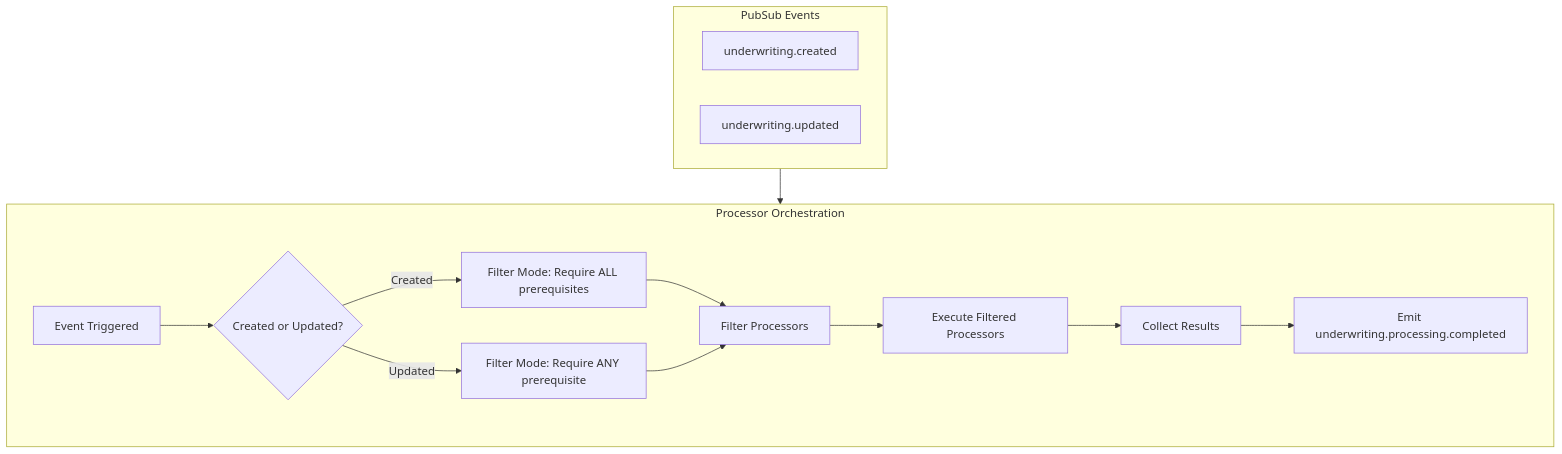
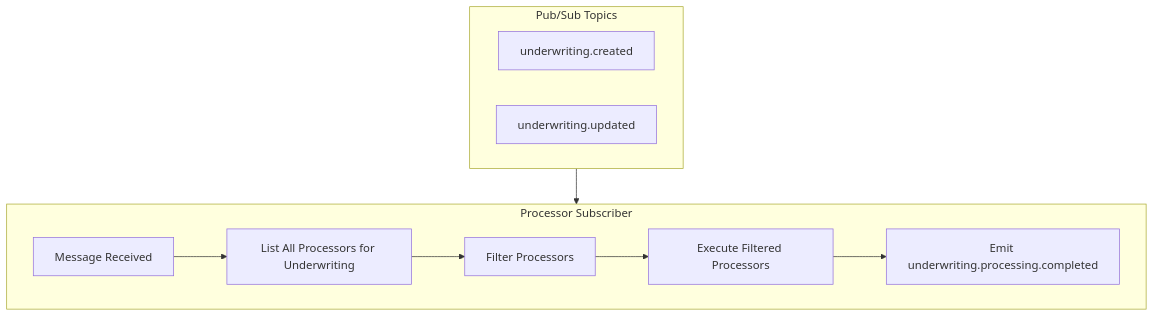
One commit to joowd-k9/clear-api-test changed the first of 2 diagrams in docs/processing_engine/processor_orchestrator.md. Above: the diagram before and after it, drawn with Mermaid. The commit also changed other lines of this file and 1 other file, not shown here.

````diff
--- a/docs/processing_engine/processor_orchestrator.md
+++ b/docs/processing_engine/processor_orchestrator.md
@@ -17,29 +31,22 @@
 ```mermaid
 graph TD
-    subgraph Events["PubSub Events"]
+    subgraph Topics["Pub/Sub Topics"]
         A[underwriting.created]
         C[underwriting.updated]
     end
 
-    subgraph Orchestration["Processor Orchestration"]
-        B[Event Triggered]
-        H{Created or Updated?}
-        I[Filter Mode: Require ALL prerequisites]
-        J[Filter Mode: Require ANY prerequisite]
+    subgraph Subscriber["Processor Subscriber"]
+        B[Message Received]
+        H[List All Processors for Underwriting]
         D[Filter Processors]
         E[Execute Filtered Processors]
-        F[Collect Results]
-        G[Emit underwriting.processing.completed]
+        F["Emit underwriting.processing.completed"]
     end
 
-    Events --> Orchestration
+    Topics --> Subscriber
     B --> H
-    H -->|Created| I
-    H -->|Updated| J
-    I --> D
-    J --> D
+    H --> D
     D --> E
     E --> F
-    F --> G
 
 ```
````
